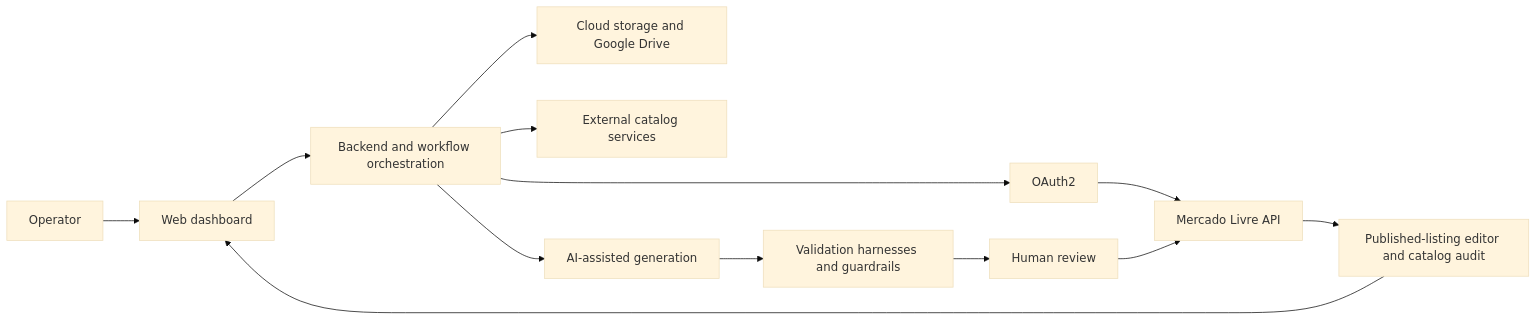
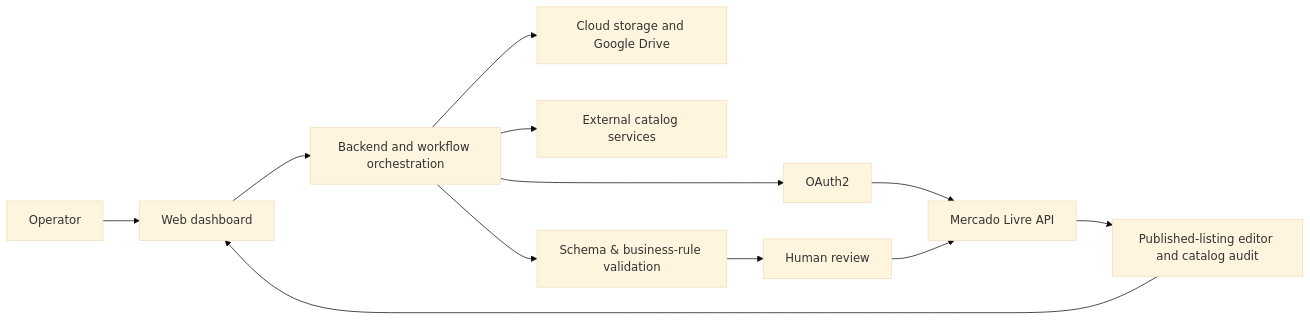
The diagram in README.md (ViniOcCode/mlbot-case-study), drawn with Mermaid (base theme) before and after one commit. The commit also changed other lines of this file and 1 other file, not shown here.

````diff
--- a/README.md
+++ b/README.md
@@ -36,15 +32,14 @@
 ```mermaid
 flowchart LR
     U[Operator] --> D[Web dashboard]
     D --> B[Backend and workflow orchestration]
     B --> O[OAuth2]
     O --> ML[Mercado Livre API]
     B --> S[Cloud storage and Google Drive]
     B --> E[External catalog services]
-    B --> AI[AI-assisted generation]
-    AI --> V[Validation harnesses and guardrails]
+    B --> V[Schema & business-rule validation]
     V --> H[Human review]
     H --> ML
     ML --> A[Published-listing editor and catalog audit]
     A --> D
 ```
````
